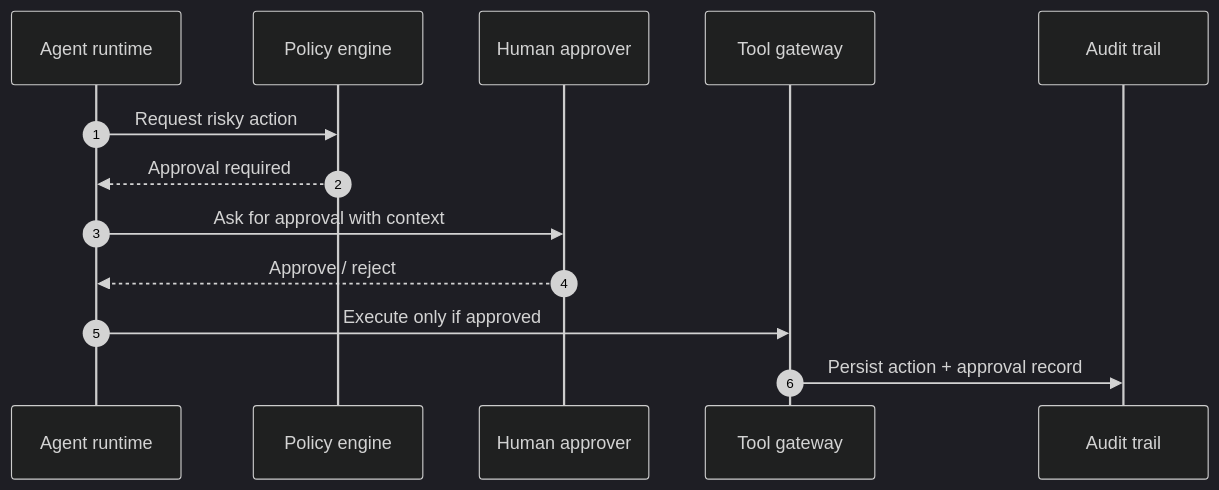
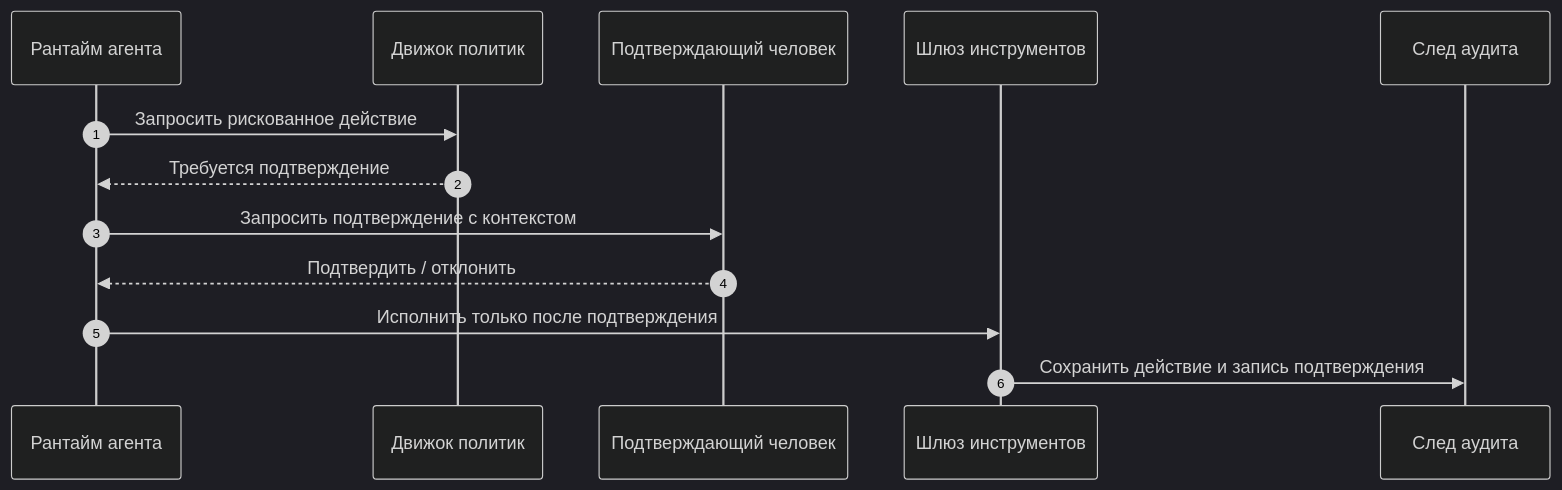
One commit to agent-axiom/agent-arch changed the diagram in docs/book/part-ii/chapter-4.md. Above: the diagram before and after it, drawn with Mermaid (dark theme). The commit also changed other lines of this file, not shown here.

````diff
--- a/docs/book/part-ii/chapter-4.md
+++ b/docs/book/part-ii/chapter-4.md
@@ -94,16 +94,16 @@
 ``` mermaid
 sequenceDiagram
     autonumber
-    participant R as Agent runtime
-    participant P as Policy engine
-    participant H as Human approver
-    participant T as Tool gateway
-    participant A as Audit trail
+    participant R as Рантайм агента
+    participant P as Движок политик
+    participant H as Подтверждающий человек
+    participant T as Шлюз инструментов
+    participant A as След аудита
 
-    R->>P: Request risky action
-    P-->>R: Approval required
-    R->>H: Ask for approval with context
-    H-->>R: Approve / reject
-    R->>T: Execute only if approved
-    T->>A: Persist action + approval record
+    R->>P: Запросить рискованное действие
+    P-->>R: Требуется подтверждение
+    R->>H: Запросить подтверждение с контекстом
+    H-->>R: Подтвердить / отклонить
+    R->>T: Исполнить только после подтверждения
+    T->>A: Сохранить действие и запись подтверждения
 ```
````
